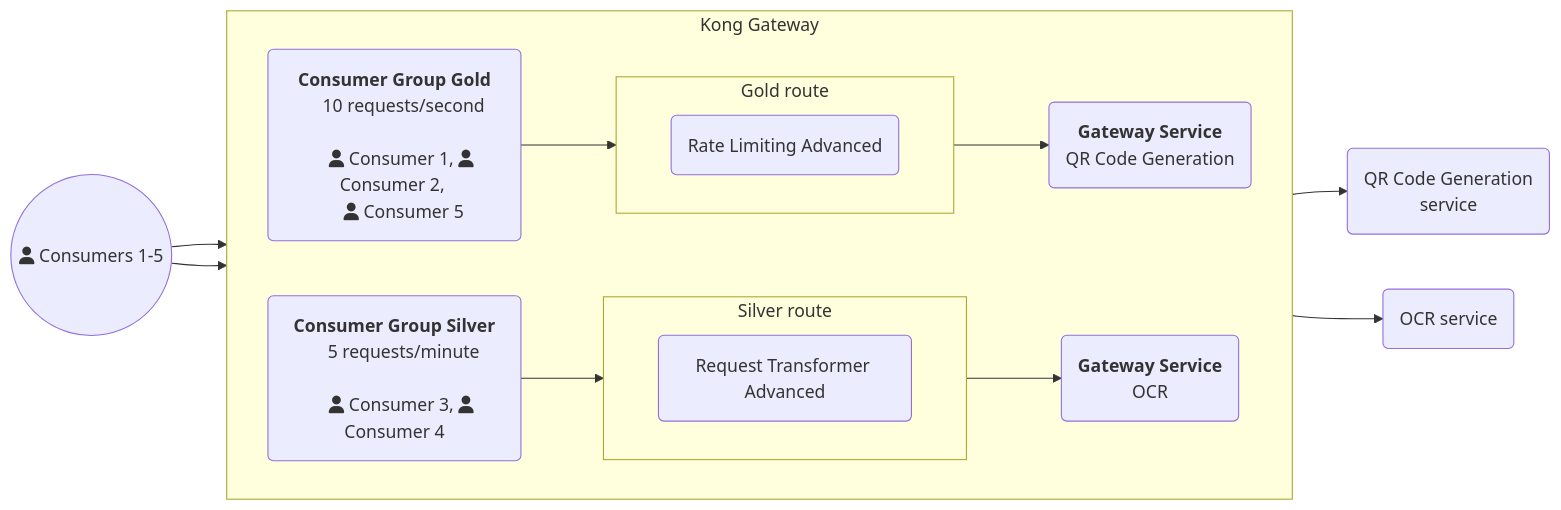
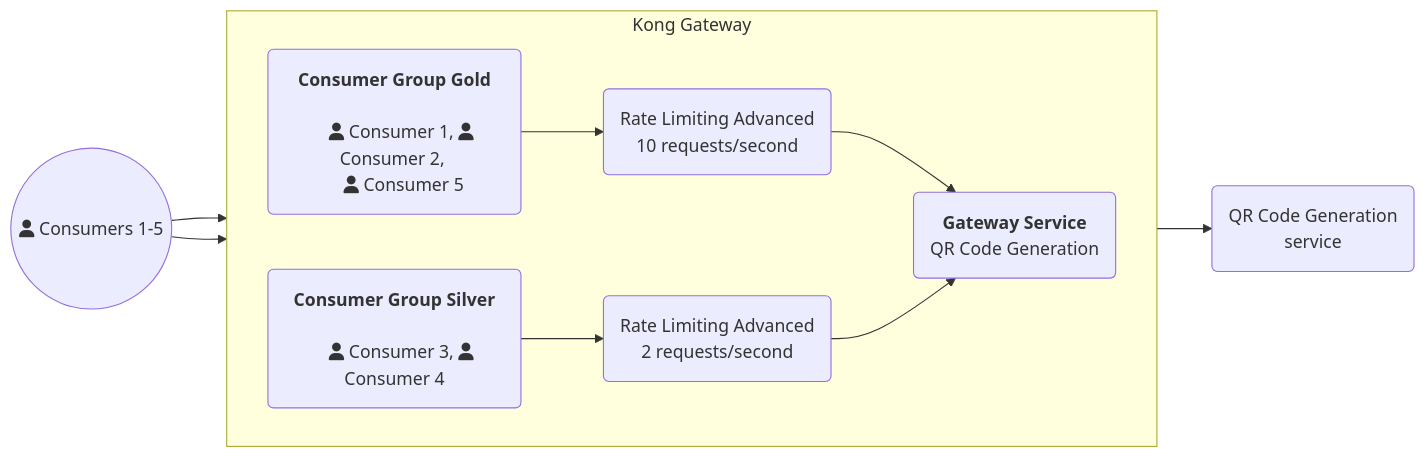
Before and after one commit to Kong/developer.konghq.com: the diagram in app/_gateway_entities/consumer-group.md, drawn with Mermaid. The commit also changed other lines of this file, not shown here.

Commit message:
Update Consumer Groups

```diff
--- a/app/_gateway_entities/consumer-group.md
+++ b/app/_gateway_entities/consumer-group.md
@@ -62,43 +59,31 @@
 {% mermaid %}
 flowchart LR
     A((fa:fa-user Consumers 1-5))
 
     B(<b>Consumer Group Gold</b>
-    10 requests/second
 
     fa:fa-user Consumer 1, fa:fa-user Consumer 2, 
     fa:fa-user Consumer 5 )
     
     C(<b>Consumer Group Silver</b>
-    5 requests/minute
 
     fa:fa-user Consumer 3, fa:fa-user Consumer 4)
 
-    D(Rate Limiting Advanced)
-    E(Request Transformer Advanced)
+    D(Rate Limiting Advanced
+    10 requests/second)
+    E(Rate Limiting Advanced
+    2 requests/second)
     F(<b>Gateway Service</b>
     QR Code Generation)
-    G(<b>Gateway Service</b>
-    OCR)
     H(QR Code Generation 
     service)
-    I(OCR service)
 
     A--> B & C
     subgraph id1 [Kong Gateway]
     direction LR
     B --> D --> F
-        subgraph id2 [Gold route]
-        direction LR
-        D
-        end
-    C --> E --> G
-        subgraph id3 [Silver route]
-        direction LR
-        E
-        end
+    C --> E --> F
     end
 
     F --> H
-    G --> I
 {% endmermaid %}
```
